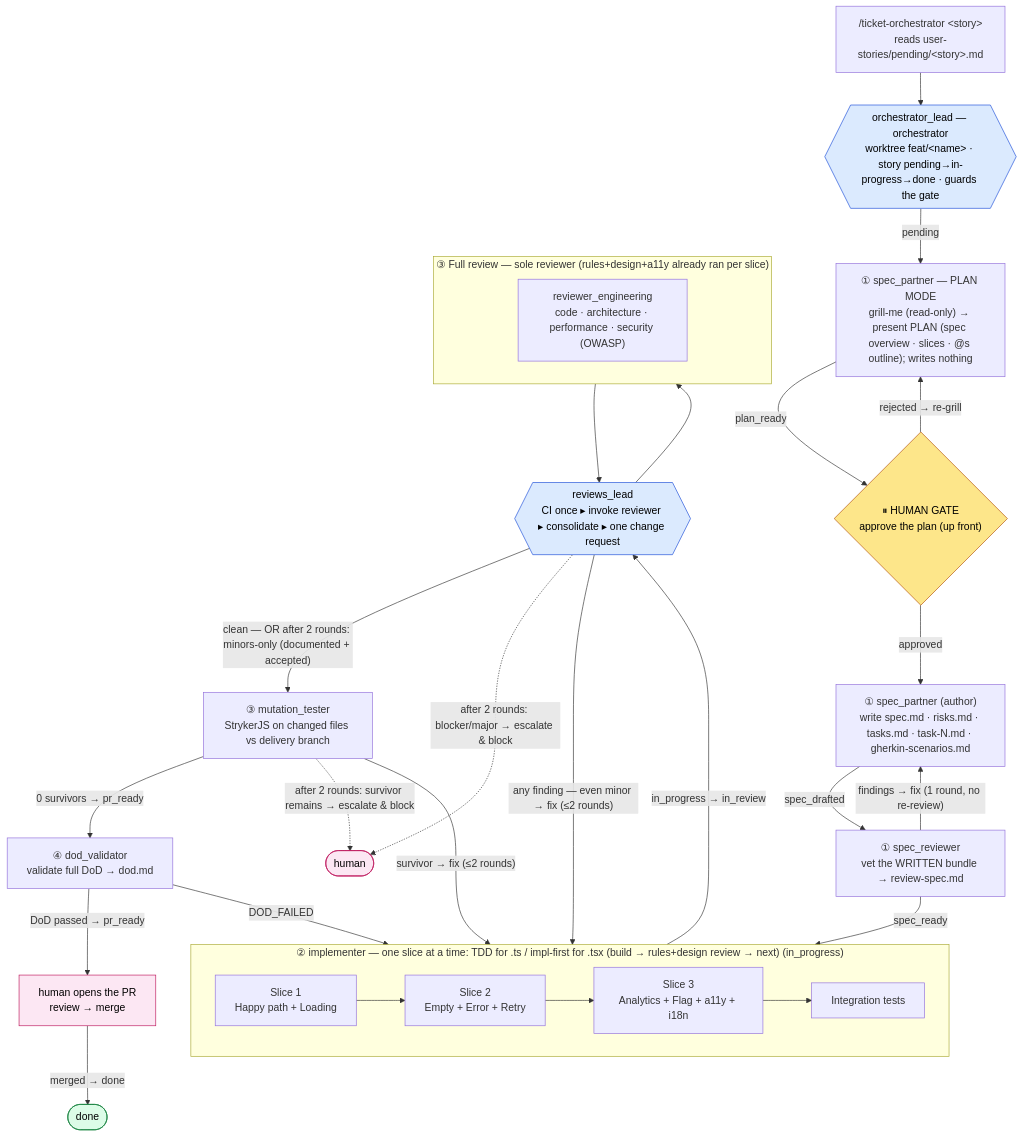
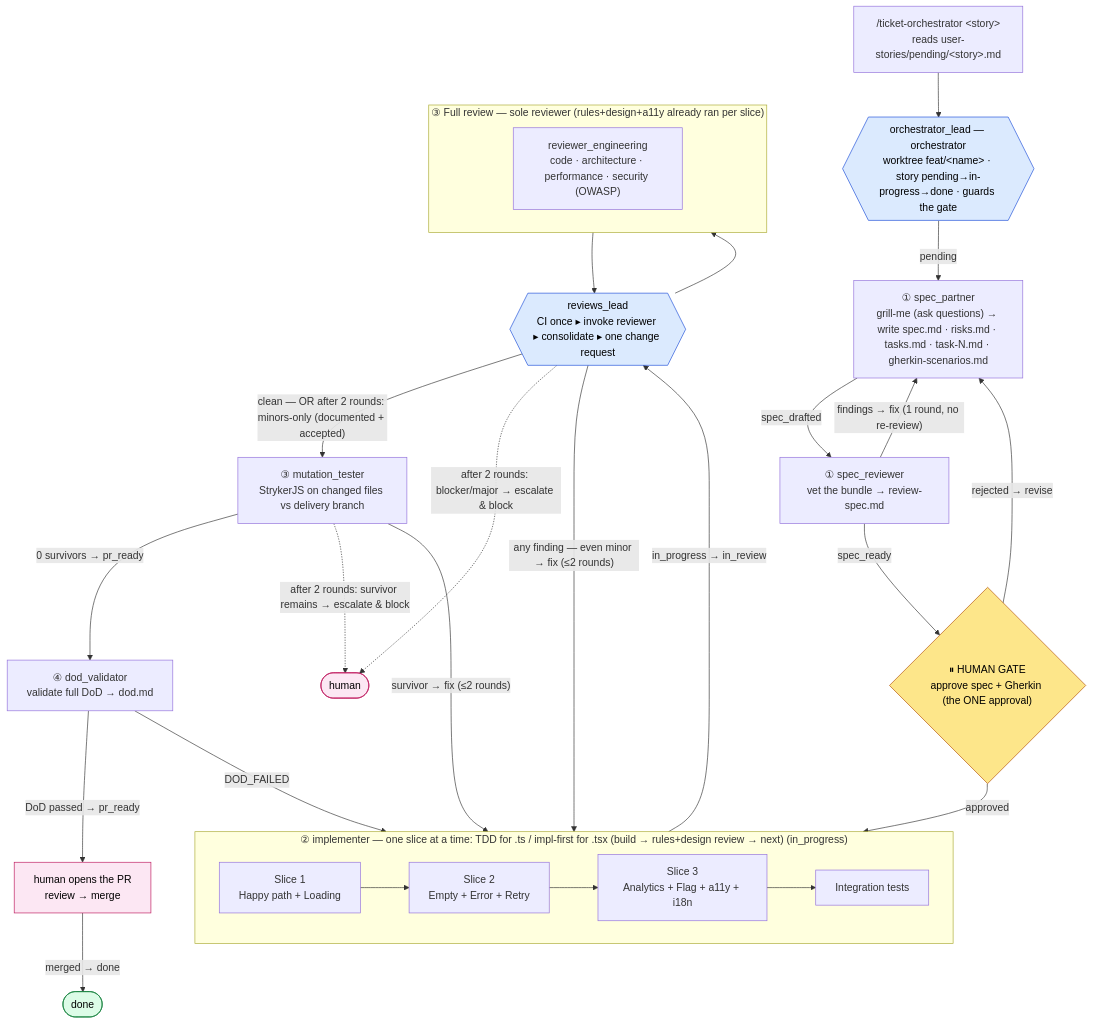
Before and after one commit to rimbener/AI4Devs-finalproject: the diagram in ORCHESTRATOR_PLAN.md, drawn with Mermaid. The commit also changed other lines of this file and 6 other files, not shown here.

First line of the commit message:
docs(orchestrator): move human gate to spec+gherkin approval

````diff
--- a/ORCHESTRATOR_PLAN.md
+++ b/ORCHESTRATOR_PLAN.md
@@ -173,45 +172,43 @@
 ```mermaid
 flowchart TD
     CLI["/ticket-orchestrator &lt;story&gt;<br/>reads user-stories/pending/&lt;story&gt;.md"] --> LEAD{{"orchestrator_lead — orchestrator<br/>worktree feat/&lt;name&gt; · story pending→in-progress→done · guards the gate"}}
 
-    LEAD -->|pending| P1["① spec_partner — PLAN MODE<br/>grill-me (read-only) → present PLAN (spec overview · slices · @s outline); writes nothing"]
-    P1 -->|plan_ready| GATE{"⏸ HUMAN GATE<br/>approve the plan (up front)"}
-    GATE -->|"rejected → re-grill"| P1
-    GATE -->|"approved"| AUTHOR["① spec_partner (author)<br/>write spec.md · risks.md · tasks.md · task-N.md · gherkin-scenarios.md"]
-    AUTHOR -->|spec_drafted| SR["① spec_reviewer<br/>vet the WRITTEN bundle → review-spec.md"]
-    SR -->|"findings → fix (1 round, no re-review)"| AUTHOR
-
-    SR -->|"spec_ready"| P3G
+    LEAD -->|pending| P1["① spec_partner<br/>grill-me (ask questions) → write spec.md · risks.md · tasks.md · task-N.md · gherkin-scenarios.md"]
+    P1 -->|spec_drafted| SR["① spec_reviewer<br/>vet the bundle → review-spec.md"]
+    SR -->|"findings → fix (1 round, no re-review)"| P1
+    SR -->|spec_ready| GATE{"⏸ HUMAN GATE<br/>approve spec + Gherkin (the ONE approval)"}
+    GATE -->|"rejected → revise"| P1
+    GATE -->|"approved"| P3G
     subgraph P3G["② implementer — one slice at a time: TDD for .ts / impl-first for .tsx (build → rules+design review → next) (in_progress)"]
         direction LR
         S1["Slice 1<br/>Happy path + Loading"] --> S2["Slice 2<br/>Empty + Error + Retry"] --> S3["Slice 3<br/>Analytics + Flag + a11y + i18n"] --> INT["Integration tests"]
     end
 
     subgraph RV["③ Full review — sole reviewer (rules+design+a11y already ran per slice)"]
         direction LR
         R1["reviewer_engineering<br/>code · architecture · performance · security (OWASP)"]
     end
     RL{{"reviews_lead<br/>CI once ▸ invoke reviewer ▸ consolidate ▸ one change request"}}
     P3G -->|"in_progress → in_review"| RL
     RL --> RV
     RV --> RL
 
     RL -->|"any finding — even minor → fix (≤2 rounds)"| P3G
     RL -->|"clean — OR after 2 rounds: minors-only (documented + accepted)"| MUT["③ mutation_tester<br/>StrykerJS on changed files vs delivery branch"]
     RL -.->|"after 2 rounds: blocker/major → escalate & block"| ESC(["human"])
     MUT -->|"survivor → fix (≤2 rounds)"| P3G
     MUT -->|"0 survivors → pr_ready"| DV["④ dod_validator<br/>validate full DoD → dod.md"]
     MUT -.->|"after 2 rounds: survivor remains → escalate & block"| ESC
     DV -->|DOD_FAILED| P3G
     DV -->|"DoD passed → pr_ready"| HPR["human opens the PR<br/>review → merge"]
     HPR -->|merged → done| DONE(["done"])
 
     classDef gate fill:#fde68a,stroke:#b45309,color:#000;
     classDef lead fill:#dbeafe,stroke:#1d4ed8,color:#000;
     classDef terminal fill:#dcfce7,stroke:#15803d,color:#000;
     classDef human fill:#fce7f3,stroke:#be185d,color:#000;
     class GATE gate;
     class LEAD,RL lead;
     class HPR,ESC human;
     class DONE terminal;
 ```
````
